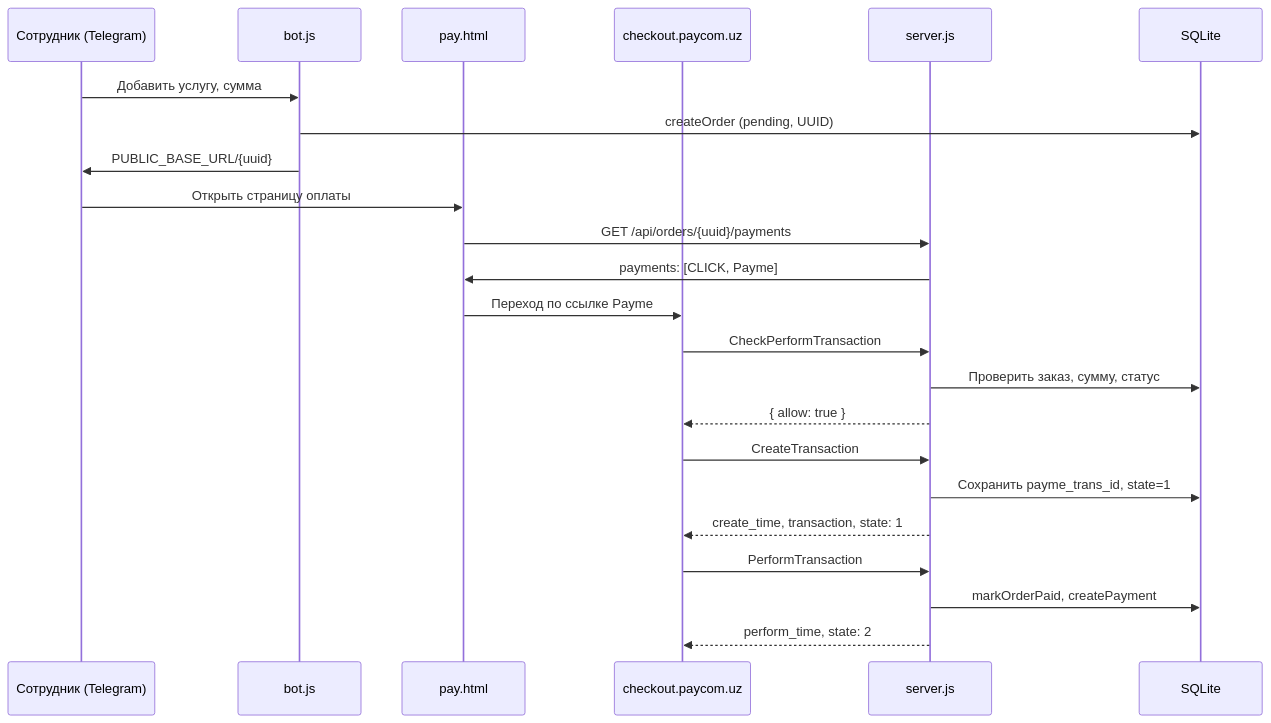
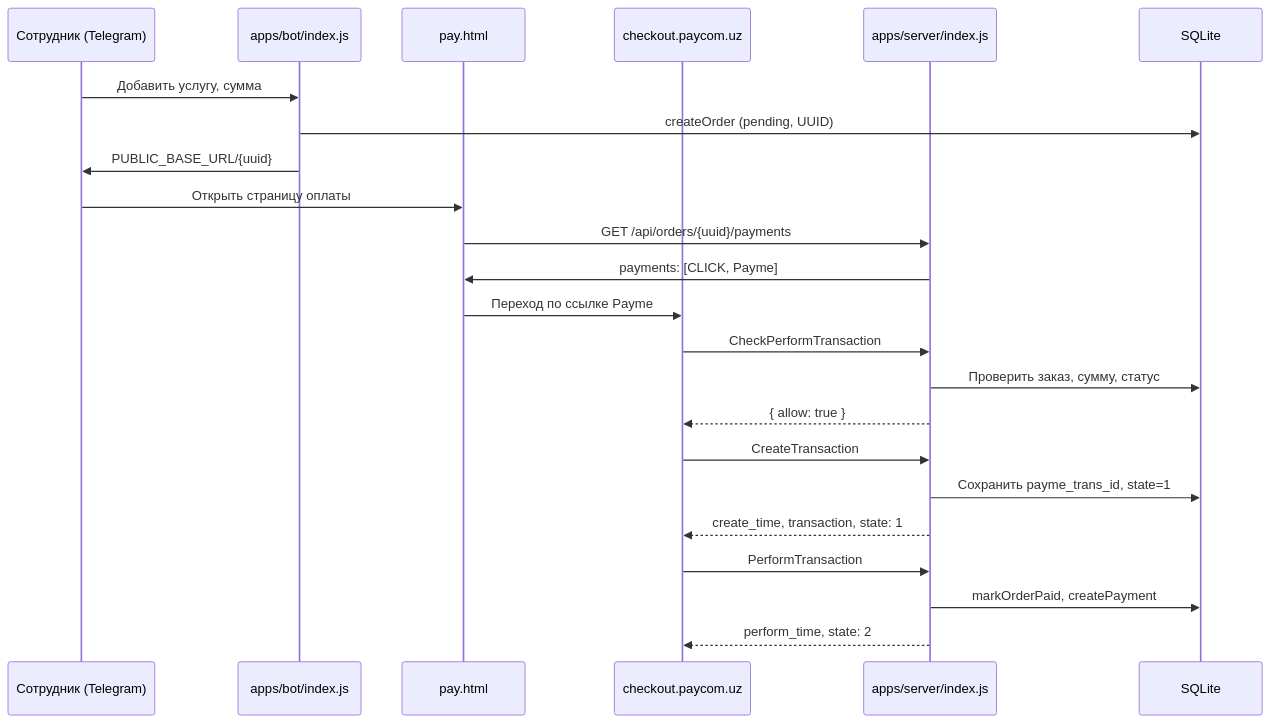
One commit to Fariz23031998/ScrapRegosUserBot changed the diagram in docs/payme-integration.md. Above: the diagram before and after it, drawn with Mermaid. The commit also changed other lines of this file and 151 other files, not shown here.

````diff
--- a/docs/payme-integration.md
+++ b/docs/payme-integration.md
@@ -212,30 +212,30 @@
 ```mermaid
 sequenceDiagram
     participant Staff as Сотрудник (Telegram)
-    participant Bot as bot.js
+    participant Bot as apps/bot/index.js
     participant Page as pay.html
     participant Payme as checkout.paycom.uz
-    participant Server as server.js
+    participant Server as apps/server/index.js
     participant DB as SQLite
 
     Staff->>Bot: Добавить услугу, сумма
     Bot->>DB: createOrder (pending, UUID)
     Bot->>Staff: PUBLIC_BASE_URL/{uuid}
 
     Staff->>Page: Открыть страницу оплаты
     Page->>Server: GET /api/orders/{uuid}/payments
     Server->>Page: payments: [CLICK, Payme]
     Page->>Payme: Переход по ссылке Payme
 
     Payme->>Server: CheckPerformTransaction
     Server->>DB: Проверить заказ, сумму, статус
     Server-->>Payme: { allow: true }
 
     Payme->>Server: CreateTransaction
     Server->>DB: Сохранить payme_trans_id, state=1
     Server-->>Payme: create_time, transaction, state: 1
 
     Payme->>Server: PerformTransaction
     Server->>DB: markOrderPaid, createPayment
     Server-->>Payme: perform_time, state: 2
 ```
````
